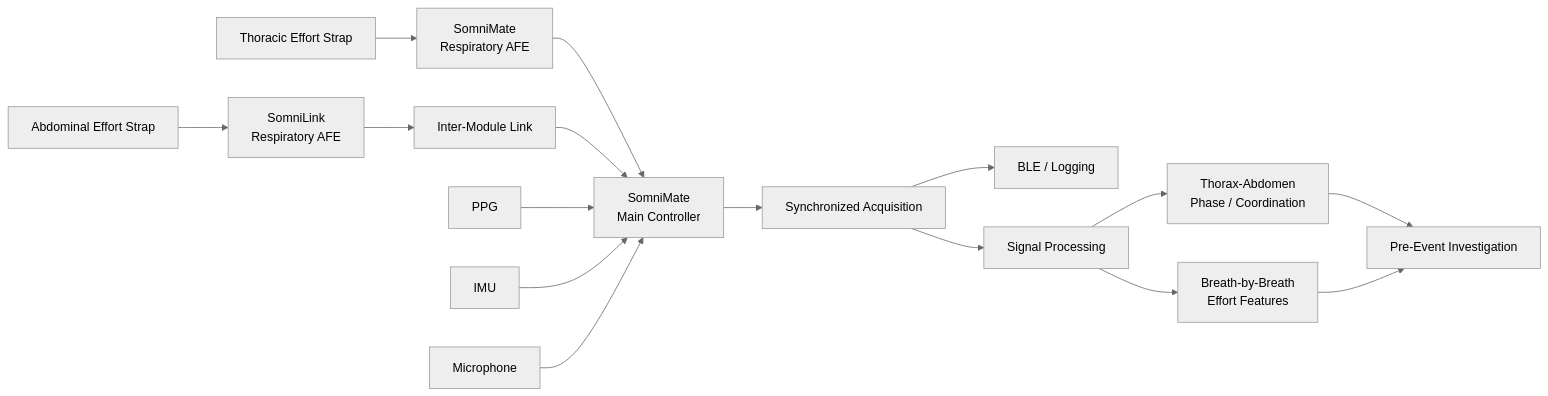
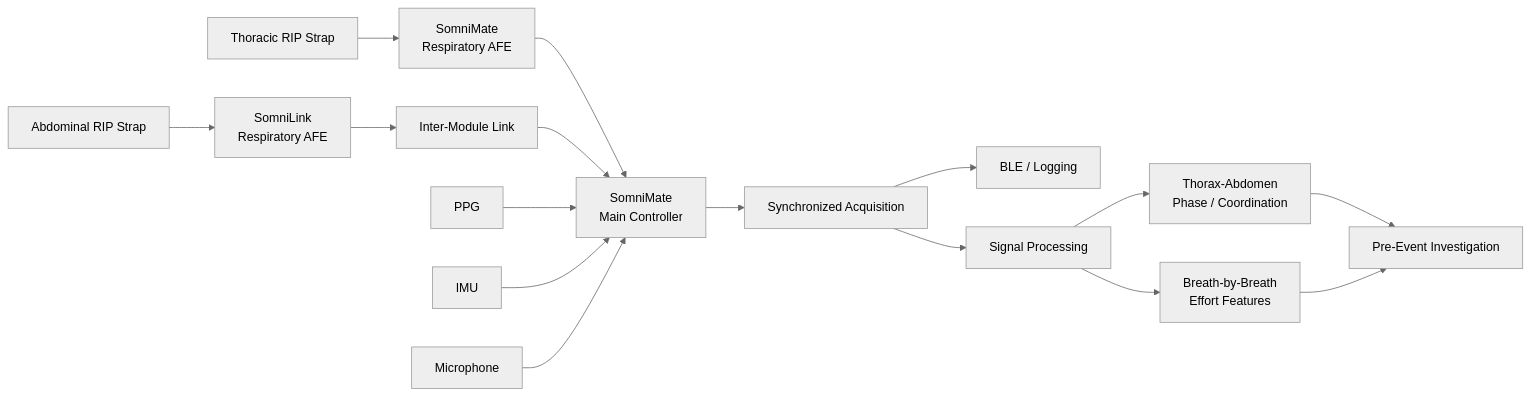
One commit to CDonohoe-Designs/SomniMate changed the fourth of 4 diagrams in README.md. Above: the diagram before and after it, drawn with Mermaid (neutral theme). The commit also changed other lines of this file, not shown here.

Commit message:
Update README for RIP AFE hardware prototype

````diff
--- a/README.md
+++ b/README.md
@@ -131,22 +156,22 @@
 ```mermaid
 flowchart LR
-    A["Thoracic Effort Strap"] --> B["SomniMate<br/>Respiratory AFE"]
-    C["Abdominal Effort Strap"] --> D["SomniLink<br/>Respiratory AFE"]
+    A["Thoracic RIP Strap"] --> B["SomniMate<br/>Respiratory AFE"]
+    C["Abdominal RIP Strap"] --> D["SomniLink<br/>Respiratory AFE"]
 
     D --> E["Inter-Module Link"]
     B --> F["SomniMate<br/>Main Controller"]
     E --> F
 
     G["PPG"] --> F
     H["IMU"] --> F
     I["Microphone"] --> F
 
     F --> J["Synchronized Acquisition"]
     J --> K["BLE / Logging"]
     J --> L["Signal Processing"]
 
     L --> M["Thorax-Abdomen<br/>Phase / Coordination"]
     L --> N["Breath-by-Breath<br/>Effort Features"]
     M --> O["Pre-Event Investigation"]
     N --> O
 ```
````
